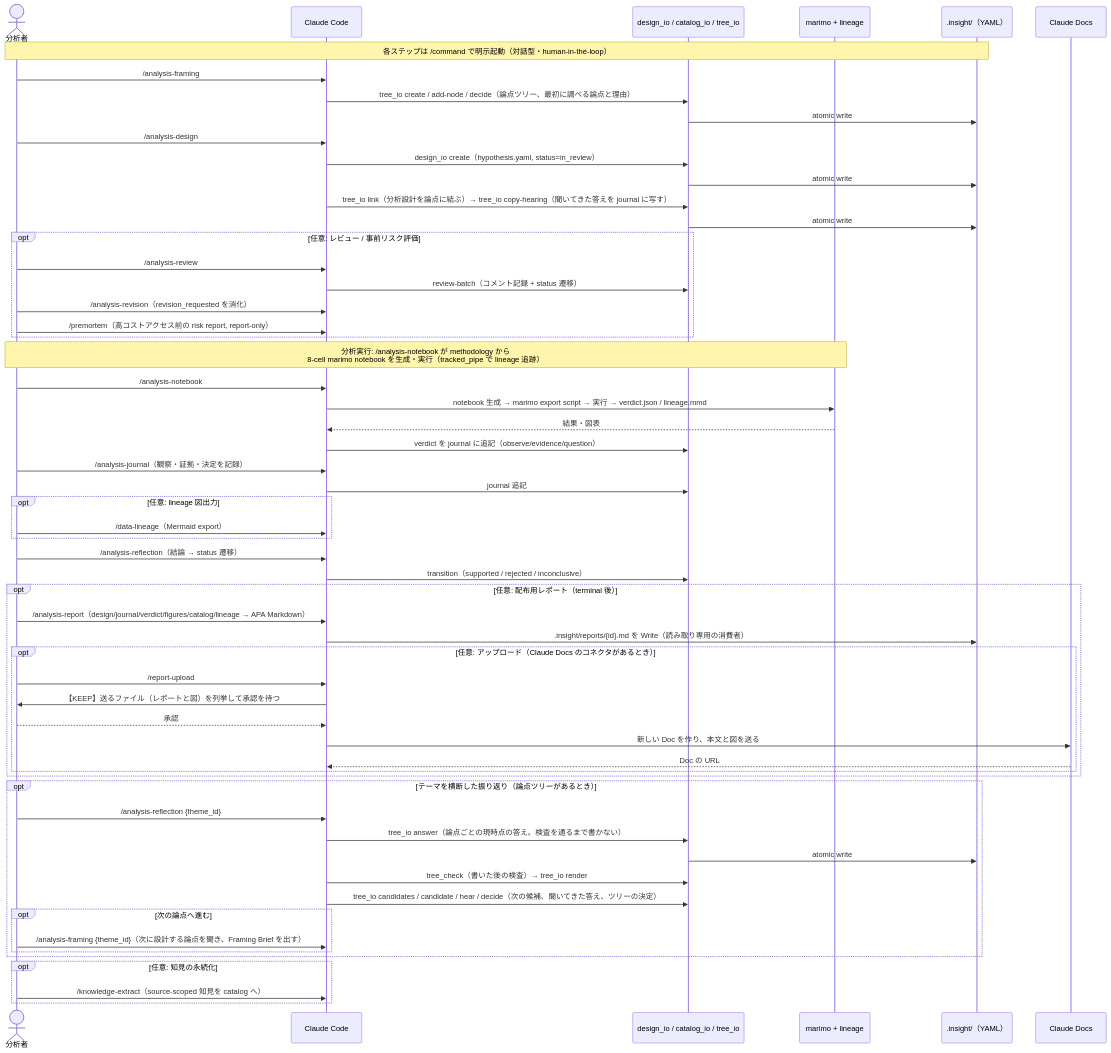
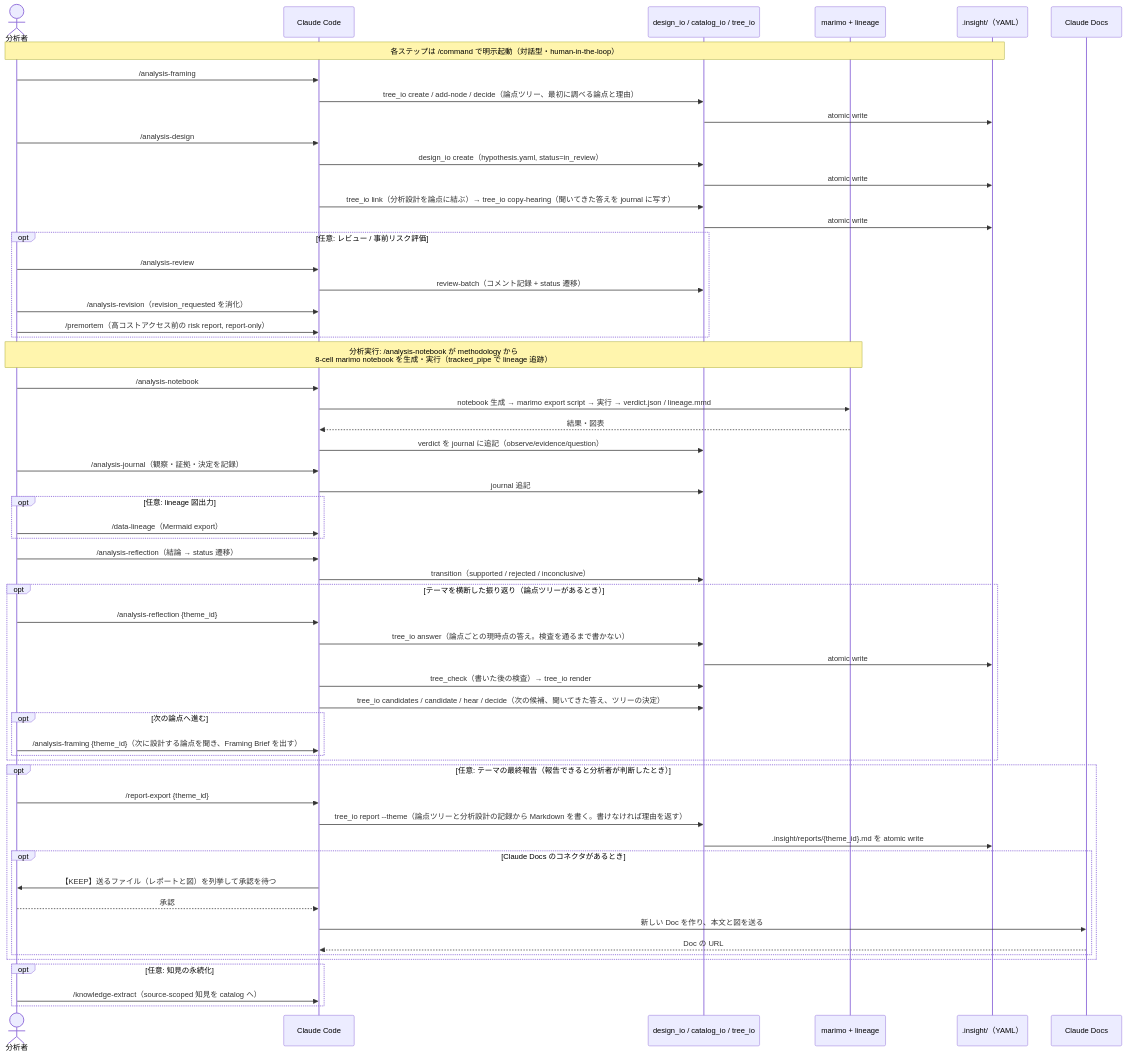
Before and after one commit to etoyama/insight-blueprint-skills: the fourth of 6 diagrams in docs/ARCHITECTURE.md, drawn with Mermaid. The commit also changed other lines of this file and 60 other files, not shown here.

First line of the commit message:
[Epic 29] テーマの最終報告のレポートをコードで書き、Claude Docs へ export する (#196)

````diff
--- a/docs/ARCHITECTURE.md
+++ b/docs/ARCHITECTURE.md
@@ -269,64 +270,64 @@
 ```mermaid
 sequenceDiagram
     actor U as 分析者
     participant CC as Claude Code
     participant IO as design_io / catalog_io / tree_io
     participant MO as marimo + lineage
     participant FS as .insight/（YAML）
     participant DC as Claude Docs
 
     Note over U,FS: 各ステップは /command で明示起動（対話型・human-in-the-loop）
     U->>CC: /analysis-framing
     CC->>IO: tree_io create / add-node / decide（論点ツリー、最初に調べる論点と理由）
     IO->>FS: atomic write
     U->>CC: /analysis-design
     CC->>IO: design_io create（hypothesis.yaml, status=in_review）
     IO->>FS: atomic write
     CC->>IO: tree_io link（分析設計を論点に結ぶ）→ tree_io copy-hearing（聞いてきた答えを journal に写す）
     IO->>FS: atomic write
 
     opt 任意: レビュー / 事前リスク評価
         U->>CC: /analysis-review
         CC->>IO: review-batch（コメント記録 + status 遷移）
         U->>CC: /analysis-revision（revision_requested を消化）
         U->>CC: /premortem（高コストアクセス前の risk report, report-only）
     end
 
     Note over U,MO: 分析実行: /analysis-notebook が methodology から<br/>8-cell marimo notebook を生成・実行（tracked_pipe で lineage 追跡）
     U->>CC: /analysis-notebook
     CC->>MO: notebook 生成 → marimo export script → 実行 → verdict.json / lineage.mmd
     MO-->>CC: 結果・図表
     CC->>IO: verdict を journal に追記（observe/evidence/question）
 
     U->>CC: /analysis-journal（観察・証拠・決定を記録）
     CC->>IO: journal 追記
     opt 任意: lineage 図出力
         U->>CC: /data-lineage（Mermaid export）
     end
     U->>CC: /analysis-reflection（結論 → status 遷移）
     CC->>IO: transition（supported / rejected / inconclusive）
-    opt 任意: 配布用レポート（terminal 後）
-        U->>CC: /analysis-report（design/journal/verdict/figures/catalog/lineage → APA Markdown）
-        CC->>FS: .insight/reports/{id}.md を Write（読み取り専用の消費者）
-        opt 任意: アップロード（Claude Docs のコネクタがあるとき）
-            U->>CC: /report-upload
-            CC->>U: 【KEEP】送るファイル（レポートと図）を列挙して承認を待つ
-            U-->>CC: 承認
-            CC->>DC: 新しい Doc を作り、本文と図を送る
-            DC-->>CC: Doc の URL
-        end
-    end
     opt テーマを横断した振り返り（論点ツリーがあるとき）
         U->>CC: /analysis-reflection {theme_id}
         CC->>IO: tree_io answer（論点ごとの現時点の答え。検査を通るまで書かない）
         IO->>FS: atomic write
         CC->>IO: tree_check（書いた後の検査）→ tree_io render
         CC->>IO: tree_io candidates / candidate / hear / decide（次の候補、聞いてきた答え、ツリーの決定）
         opt 次の論点へ進む
             U->>CC: /analysis-framing {theme_id}（次に設計する論点を聞き、Framing Brief を出す）
         end
     end
+    opt 任意: テーマの最終報告（報告できると分析者が判断したとき）
+        U->>CC: /report-export {theme_id}
+        CC->>IO: tree_io report --theme（論点ツリーと分析設計の記録から Markdown を書く。書けなければ理由を返す）
+        IO->>FS: .insight/reports/{theme_id}.md を atomic write
+        opt Claude Docs のコネクタがあるとき
+            CC->>U: 【KEEP】送るファイル（レポートと図）を列挙して承認を待つ
+            U-->>CC: 承認
+            CC->>DC: 新しい Doc を作り、本文と図を送る
+            DC-->>CC: Doc の URL
+        end
+    end
     opt 任意: 知見の永続化
         U->>CC: /knowledge-extract（source-scoped 知見を catalog へ）
     end
 ```
````
